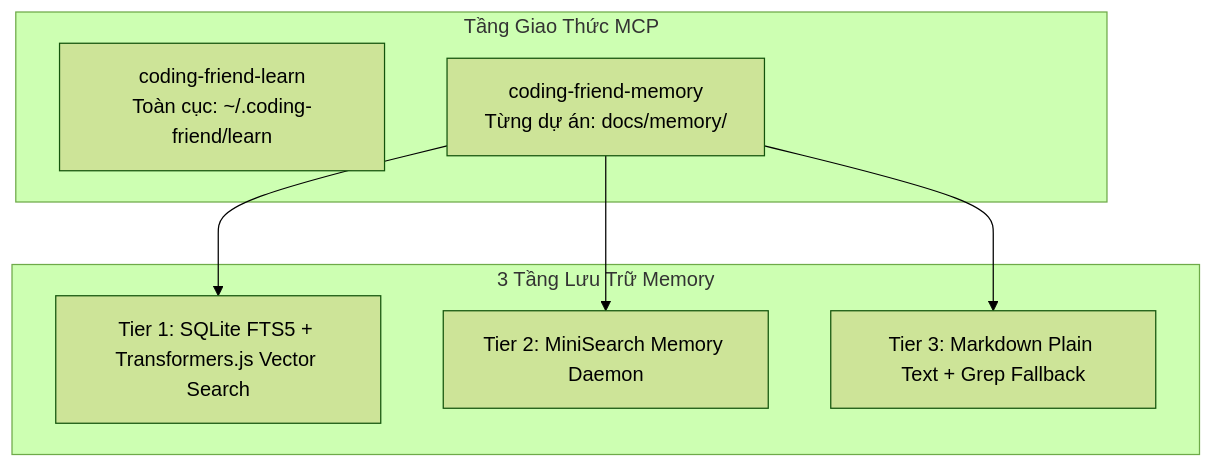
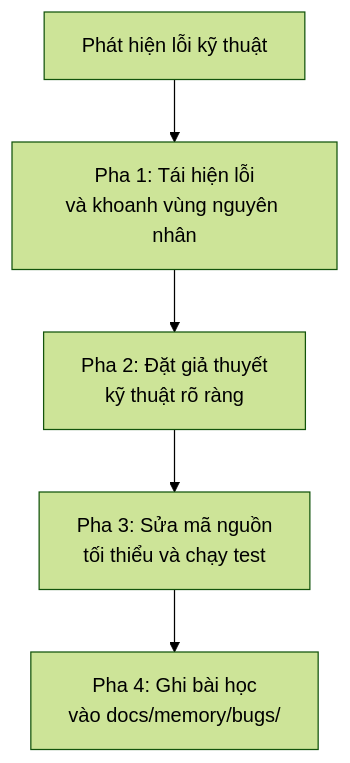
One commit to nguyengoctin/my_website changed the fifth of 6 diagrams in content/posts/toan-tap-coding-friend-ai-engineering.md. Above: the diagram before and after it, drawn with Mermaid (forest theme). The commit also changed other lines of this file and 4 other files, not shown here.

Commit message:
feat: add Mermaid diagram support with custom theme configuration and CSS overrides

````diff
--- a/content/posts/toan-tap-coding-friend-ai-engineering.md
+++ b/content/posts/toan-tap-coding-friend-ai-engineering.md
@@ -103,15 +153,7 @@
 ```mermaid
 flowchart TD
-    subgraph MCPLayer ["Tầng Giao Thức MCP"]
-        LearnMCP["coding-friend-learn<br/>Toàn cục: ~/.coding-friend/learn"]
-        MemoryMCP["coding-friend-memory<br/>Từng dự án: docs/memory/"]
-    end
-    subgraph StorageTiers ["3 Tầng Lưu Trữ Memory"]
-        T1["Tier 1: SQLite FTS5 + Transformers.js Vector Search"]
-        T2["Tier 2: MiniSearch Memory Daemon"]
-        T3["Tier 3: Markdown Plain Text + Grep Fallback"]
-    end
-    MemoryMCP --> T1
-    MemoryMCP --> T2
-    MemoryMCP --> T3
+    Bug["Phát hiện lỗi kỹ thuật"] --> Step1["Pha 1: Tái hiện lỗi<br/>và khoanh vùng nguyên nhân"]
+    Step1 --> Step2["Pha 2: Đặt giả thuyết<br/>kỹ thuật rõ ràng"]
+    Step2 --> Step3["Pha 3: Sửa mã nguồn<br/>tối thiểu và chạy test"]
+    Step3 --> Step4["Pha 4: Ghi bài học<br/>vào docs/memory/bugs/"]
 ```
````
